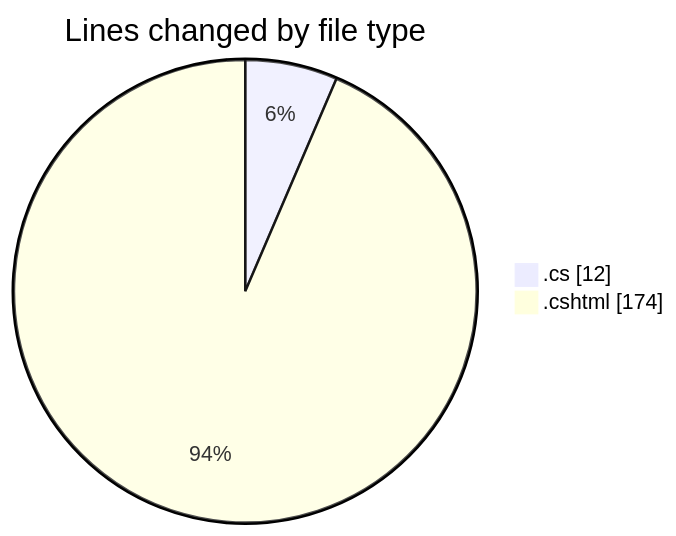
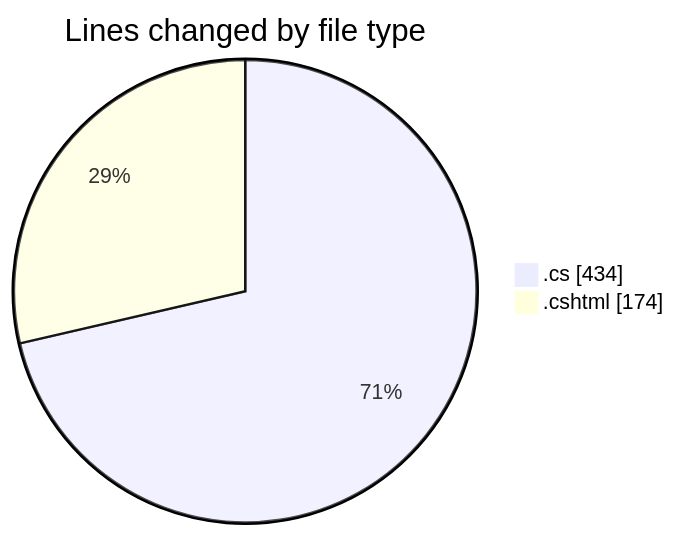
One commit to lephambinh05/code-tracking changed the first of 2 diagrams in 2025-07-22/nhahang/README.md. Above: the diagram before and after it, drawn with Mermaid. The commit also changed other lines of this file and 1 other file, not shown here.

````diff
--- a/2025-07-22/nhahang/README.md
+++ b/2025-07-22/nhahang/README.md
@@ -21,6 +29,6 @@
 ```mermaid
 pie showData
 title Lines changed by file type
-".cs" : 12
+".cs" : 434
 ".cshtml" : 174
 ```
````
